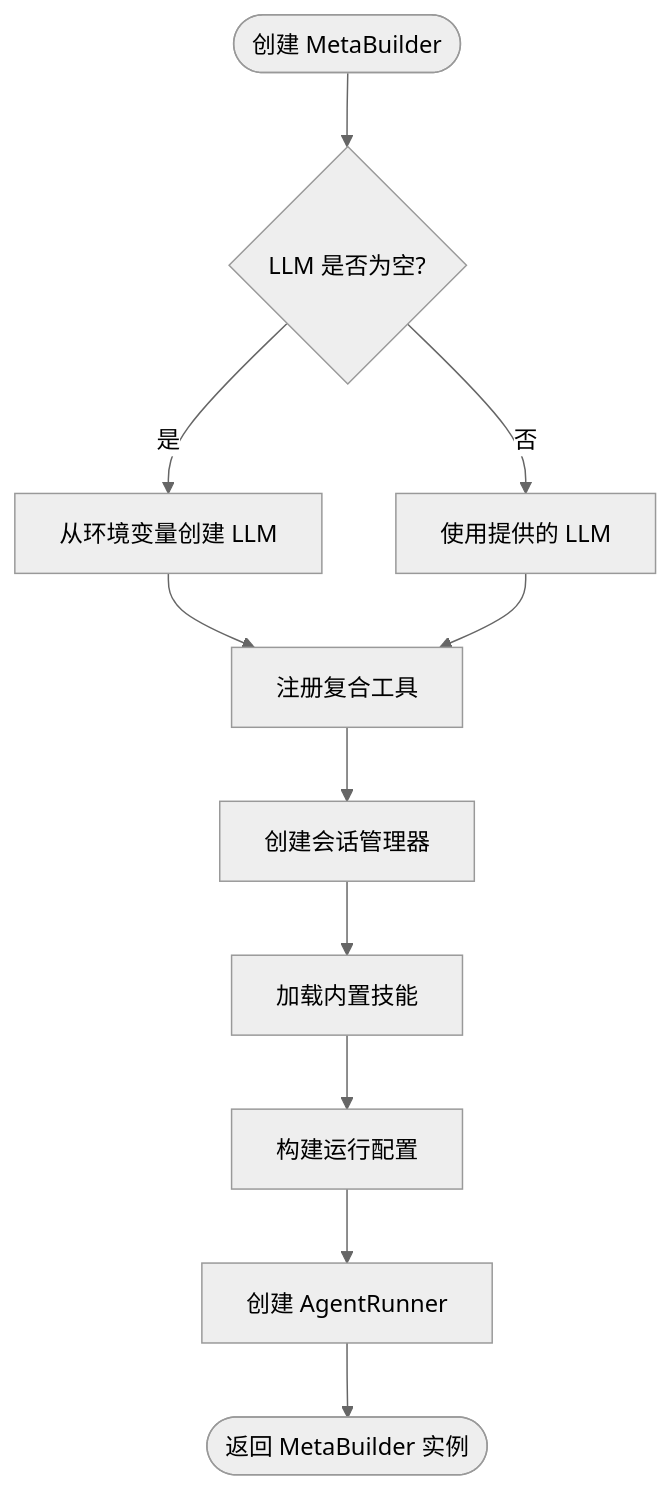
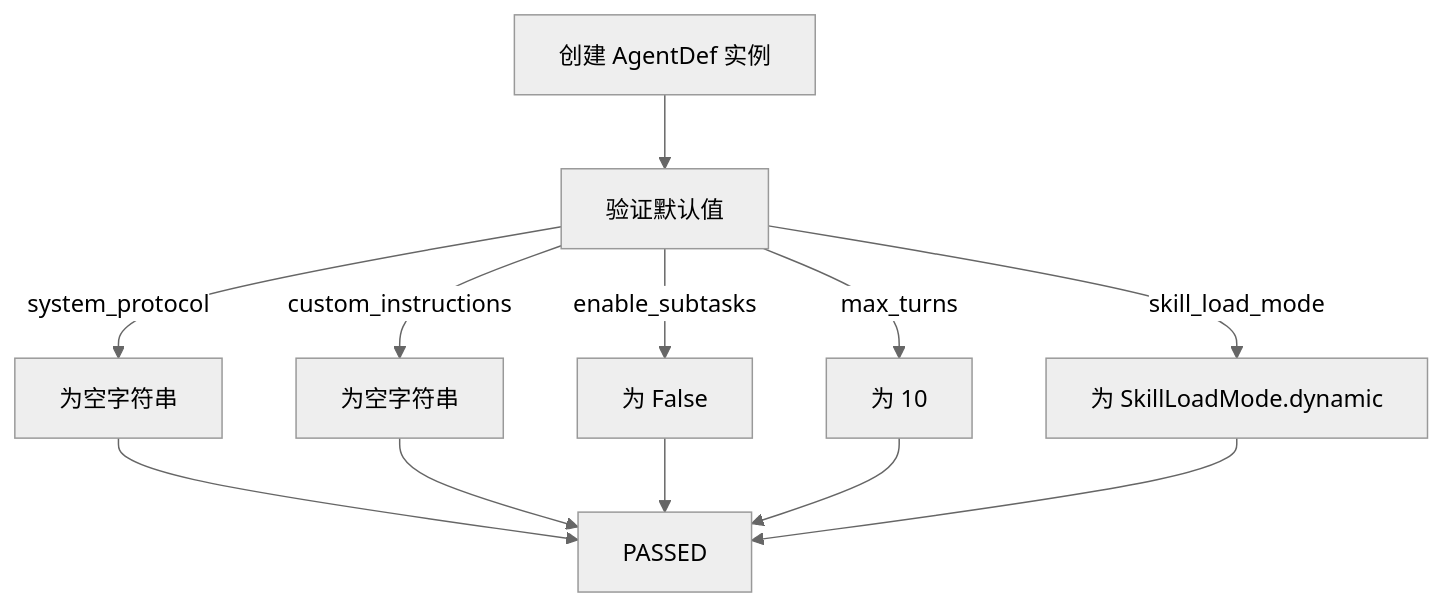
Before and after one commit to YU-JI-KUI/ark-agentic: the sixth of 14 diagrams in repowiki/zh/content/测试策略/单元测试/智能体工厂单元测试.md, drawn with Mermaid (neutral theme). The commit also changed other lines of this file and 23 other files, not shown here.

Commit message:
更新skill dynamic mode 和CLI

````diff
--- a/repowiki/zh/content/测试策略/单元测试/智能体工厂单元测试.md
+++ b/repowiki/zh/content/测试策略/单元测试/智能体工厂单元测试.md
@@ -212,13 +206,14 @@
 ```mermaid
 flowchart TD
-Start([创建 MetaBuilder]) --> CheckLLM{LLM 是否为空?}
-CheckLLM --> |是| CreateLLM[从环境变量创建 LLM]
-CheckLLM --> |否| UseLLM[使用提供的 LLM]
-CreateLLM --> RegisterTools[注册复合工具]
-UseLLM --> RegisterTools
-RegisterTools --> CreateSession[创建会话管理器]
-CreateSession --> LoadSkills[加载内置技能]
-LoadSkills --> BuildConfig[构建运行配置]
-BuildConfig --> CreateRunner[创建 AgentRunner]
-CreateRunner --> End([返回 MetaBuilder 实例])
+A[创建 AgentDef 实例] --> B[验证默认值]
+B --> |system_protocol| C[为空字符串]
+B --> |custom_instructions| D[为空字符串]
+B --> |enable_subtasks| E[为 False]
+B --> |max_turns| F[为 10]
+B --> |skill_load_mode| G[为 SkillLoadMode.dynamic]
+C --> H[PASSED]
+D --> H
+E --> H
+F --> H
+G --> H
 ```
````
